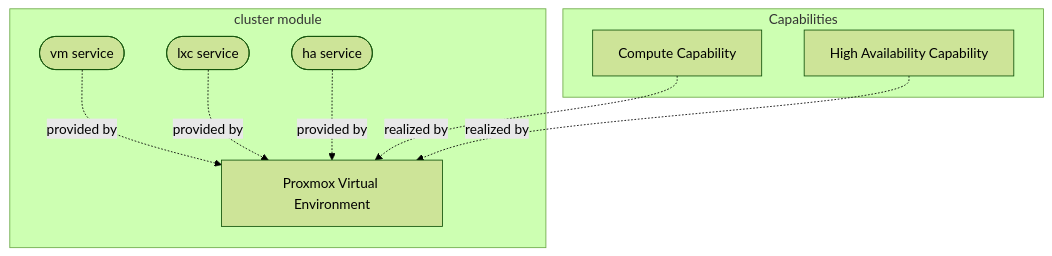
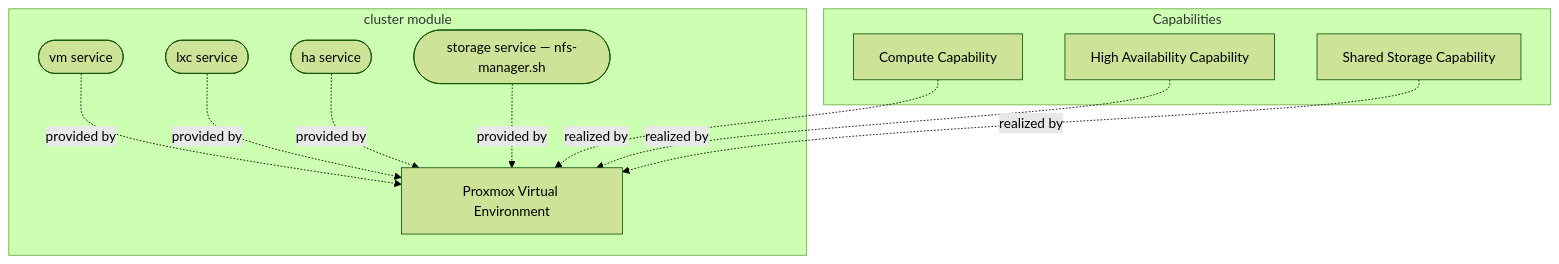
One commit to TAPPaaS/TAPPaaS changed the diagram in src/foundation/cluster/README.md. Above: the diagram before and after it, drawn with Mermaid (forest theme). The commit also changed other lines of this file and 17 other files, not shown here.

Commit message:
feat(cluster): add shared-storage service (NFS backend)

````diff
--- a/src/foundation/cluster/README.md
+++ b/src/foundation/cluster/README.md
@@ -24,20 +25,24 @@
 ```mermaid
 flowchart TB
     subgraph Capabilities
         Compute[Compute Capability]
         HA[High Availability Capability]
+        Storage[Shared Storage Capability]
     end
 
     subgraph ClusterModule["cluster module"]
         PVE[Proxmox Virtual Environment]
         VMService([vm service])
         LXCService([lxc service])
         HAService([ha service])
+        StorageService(["storage service — nfs-manager.sh"])
         VMService -.->|provided by| PVE
         LXCService -.->|provided by| PVE
         HAService -.->|provided by| PVE
+        StorageService -.->|provided by| PVE
     end
 
     Compute -.->|realized by| PVE
     HA -.->|realized by| PVE
+    Storage -.->|realized by| PVE
 ```
````
